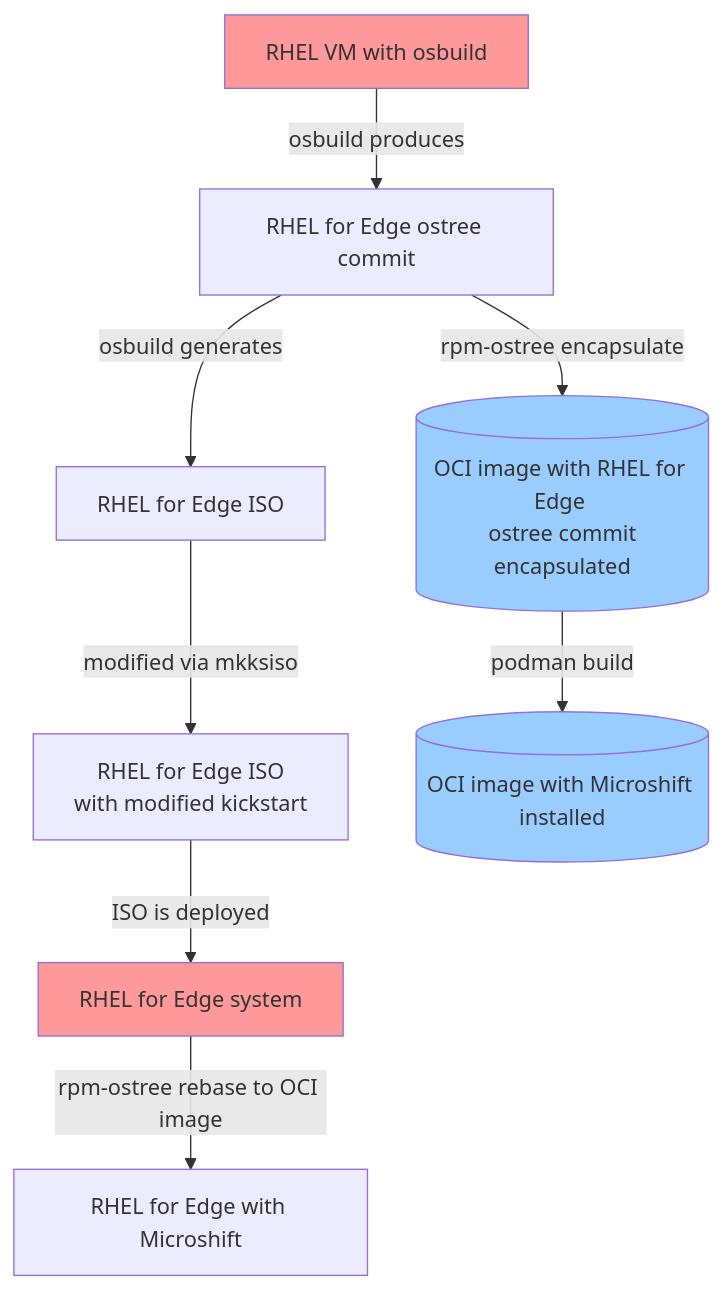
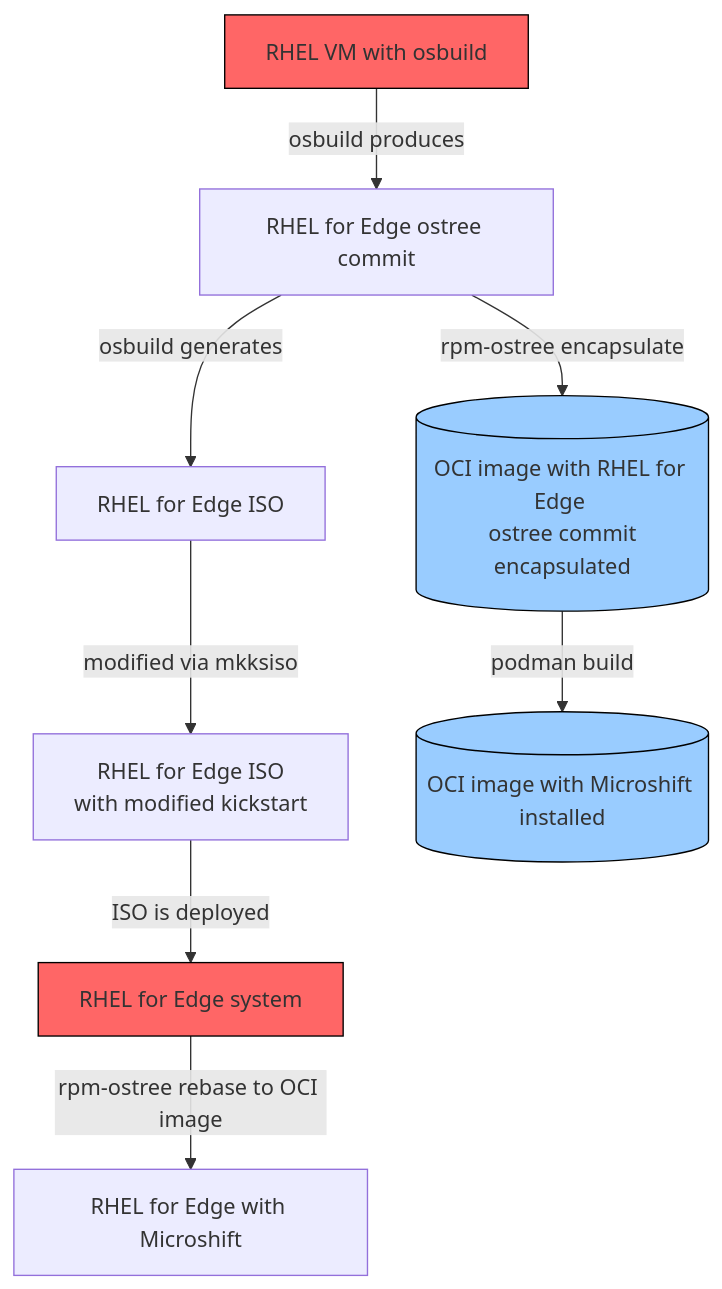
One commit to miabbott/r4e-microshift-demo changed the diagram in README.md. Above: the diagram before and after it, drawn with Mermaid.

Commit message:
fix text color

````diff
--- a/README.md
+++ b/README.md
@@ -15,16 +15,16 @@
 ```mermaid
 flowchart TD;
   id1[RHEL VM with osbuild]-->|osbuild produces|id2[RHEL for Edge ostree commit];
   id2-->|osbuild generates|id3[RHEL for Edge ISO];
   id3-->|modified via mkksiso|id4[RHEL for Edge ISO <br/> with modified kickstart];
   id4-->|ISO is deployed|id5[RHEL for Edge system];
   id2-->|rpm-ostree encapsulate|id6[(OCI image with RHEL for Edge <br/> ostree commit encapsulated)];
   id6-->|podman build|id7[(OCI image with Microshift installed)];
   id5-->|rpm-ostree rebase to OCI image|id8[RHEL for Edge with Microshift];
 
-  classDef vm fill:#ff9999
-  classDef ctr fill:#99ccff
+  classDef vm fill:#ff6666,stroke:#000
+  classDef ctr fill:#99ccff,stroke:#000
 
   class id1,id5 vm
   class id6,id7 ctr
 ```
````
